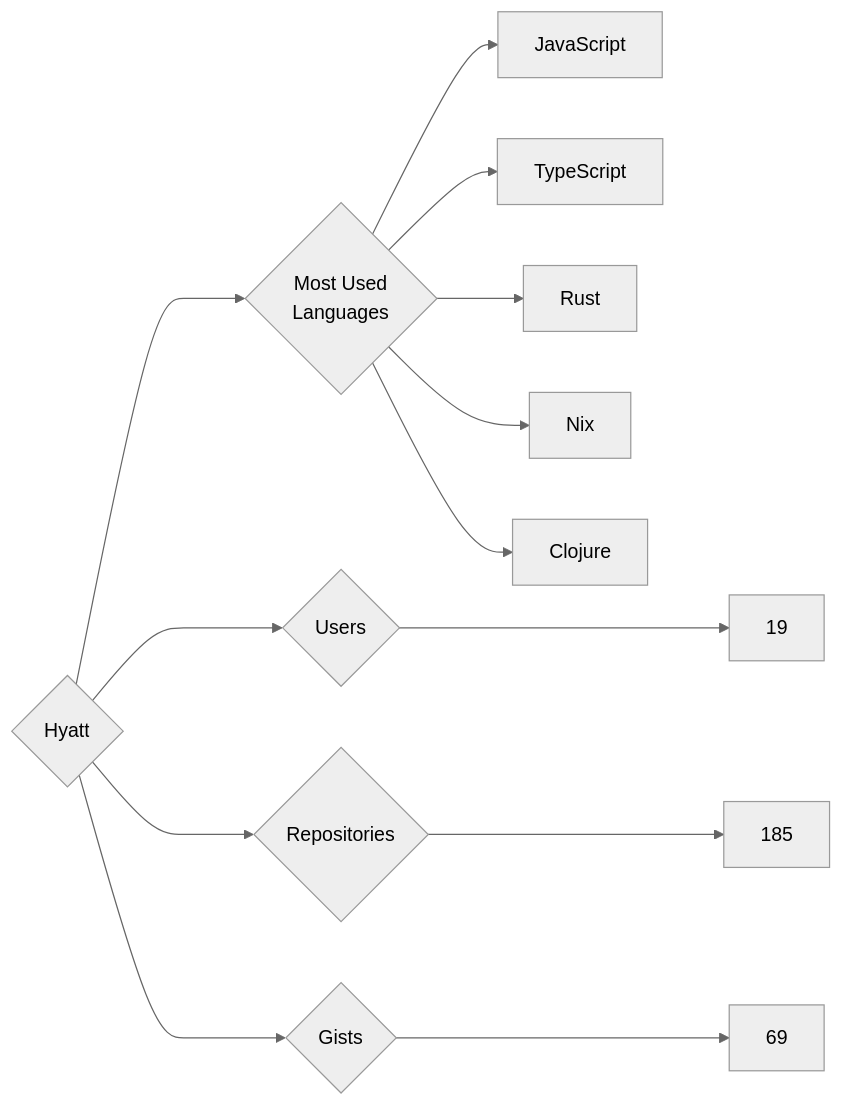
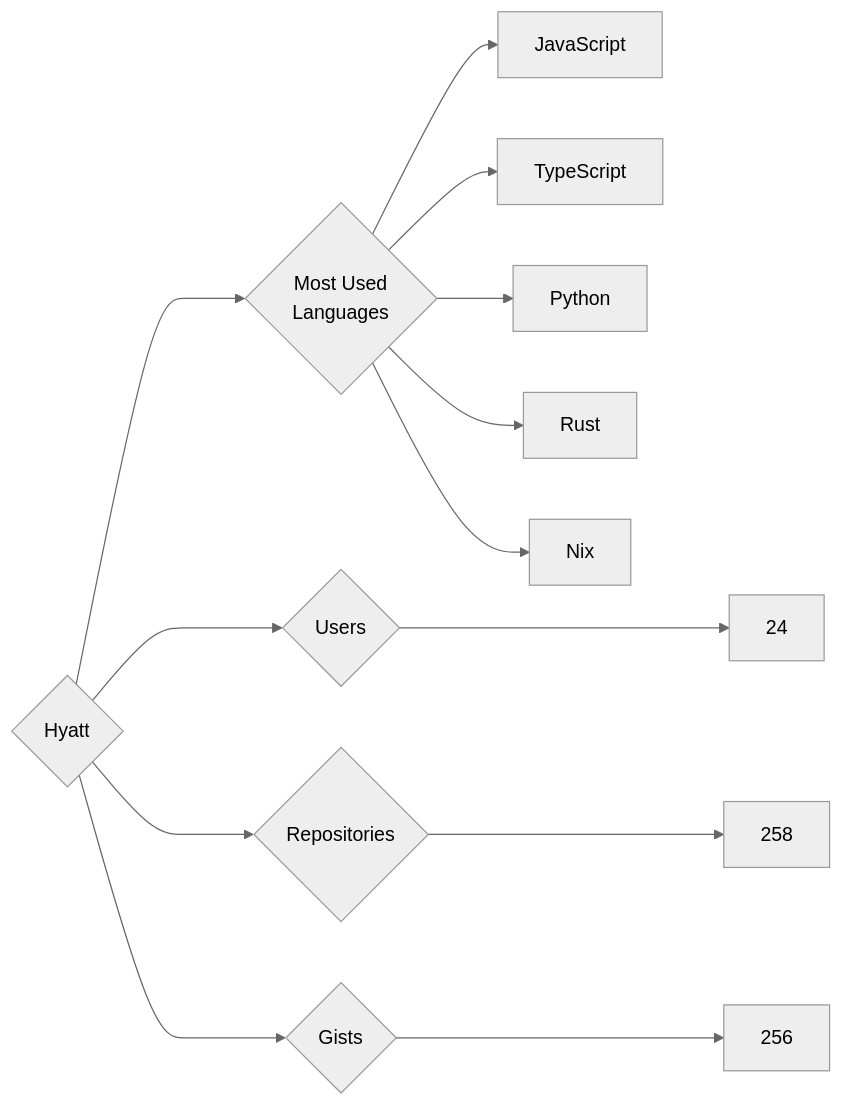
The diagram in targets/Hyatt/README.md (trickest/insiders), drawn with Mermaid (neutral theme) before and after one commit. The commit also changed 935 other files, not shown here.

````diff
--- a/targets/Hyatt/README.md
+++ b/targets/Hyatt/README.md
@@ -3,13 +3,13 @@
 ```mermaid
 graph LR
 COMPANY_NAME{Hyatt}
-COMPANY_NAME ---> U{Users} ---> UN[19]
-COMPANY_NAME ---> R{Repositories} ---> RN[185]
-COMPANY_NAME ---> G{Gists} ---> GN[69]
+COMPANY_NAME ---> U{Users} ---> UN[24]
+COMPANY_NAME ---> R{Repositories} ---> RN[258]
+COMPANY_NAME ---> G{Gists} ---> GN[256]
 COMPANY_NAME ---> ML{Most Used<br>Languages}
 ML --> JavaScript[JavaScript]
 ML --> TypeScript[TypeScript]
+ML --> Python[Python]
 ML --> Rust[Rust]
 ML --> Nix[Nix]
-ML --> Clojure[Clojure]
 ```
````
